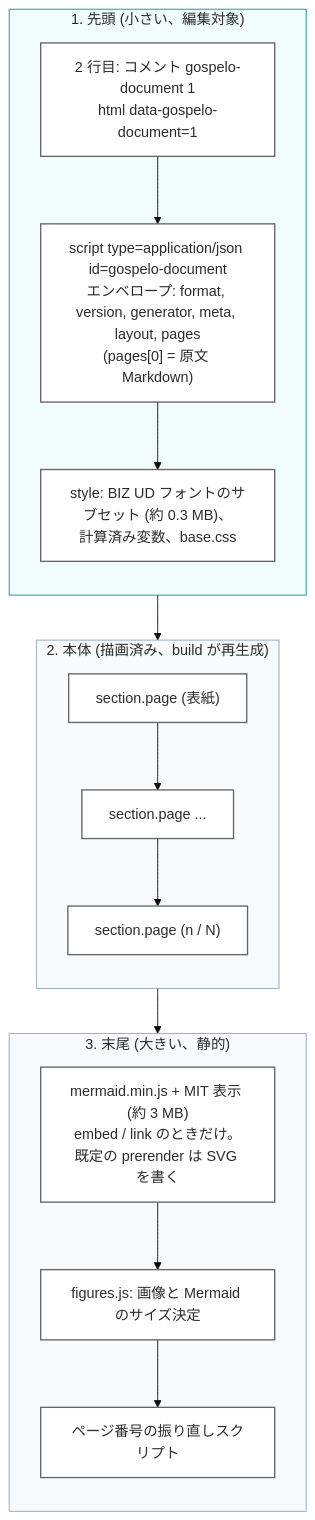
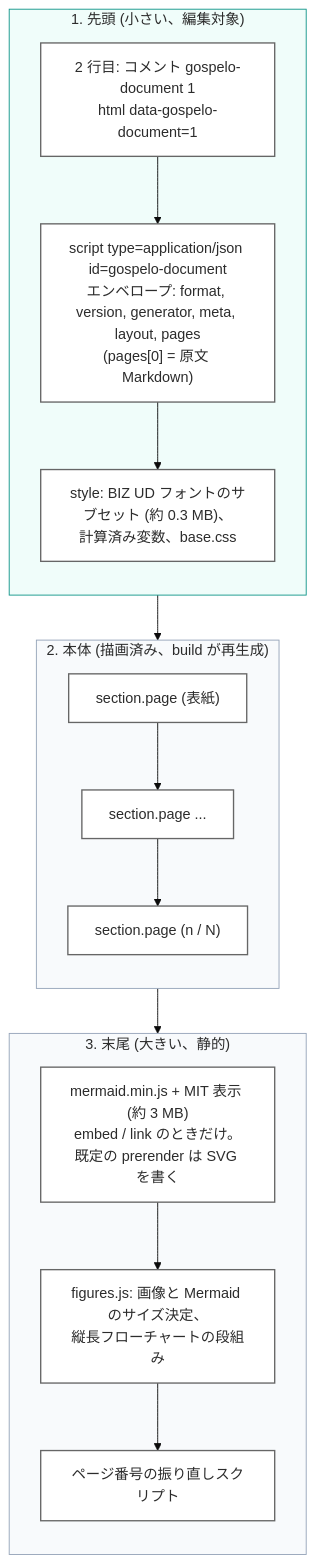
The first of 5 diagrams in docs/ARCHITECTURE_ja.md (gospelo-dev/md2html), drawn with Mermaid (base theme) before and after one commit. The commit also changed other lines of this file and 7 other files, not shown here.

First line of the commit message:
docs: update for code blocks, Mermaid splits, and column balancing rules

````diff
--- a/docs/ARCHITECTURE_ja.md
+++ b/docs/ARCHITECTURE_ja.md
@@ -21,31 +21,31 @@
 ```mermaid
 flowchart TB
     subgraph Head["1. 先頭 (小さい、編集対象)"]
         direction TB
         SIG["2 行目: コメント gospelo-document 1<br/>html data-gospelo-document=1"]
         ENV["script type=application/json id=gospelo-document<br/>エンベロープ: format, version, generator, meta, layout, pages<br/>(pages[0] = 原文 Markdown)"]
         S["style: BIZ UD フォントのサブセット (約 0.3 MB)、<br/>計算済み変数、base.css"]
         SIG --> ENV --> S
     end
     subgraph Body["2. 本体 (描画済み、build が再生成)"]
         direction TB
         P1["section.page (表紙)"]
         P2["section.page ..."]
         Pn["section.page (n / N)"]
         P1 --> P2 --> Pn
     end
     subgraph Tail["3. 末尾 (大きい、静的)"]
         direction TB
         MJ["mermaid.min.js + MIT 表示 (約 3 MB)<br/>embed / link のときだけ。既定の prerender は SVG を書く"]
-        F["figures.js: 画像と Mermaid のサイズ決定"]
+        F["figures.js: 画像と Mermaid のサイズ決定、<br/>縦長フローチャートの段組み"]
         N["ページ番号の振り直しスクリプト"]
         MJ --> F --> N
     end
     Head --> Body --> Tail
 
     classDef node fill:#FFFFFF,stroke:#666666,stroke-width:1.5px,color:#2C2C2C
     class SIG,ENV,S,P1,P2,Pn,F,N,MJ node
     style Head fill:#F0FDFA,stroke:#0D9488,color:#2C2C2C
     style Body fill:#F8FAFC,stroke:#94A3B8,color:#2C2C2C
     style Tail fill:#F8FAFC,stroke:#94A3B8,color:#2C2C2C
 ```
````
